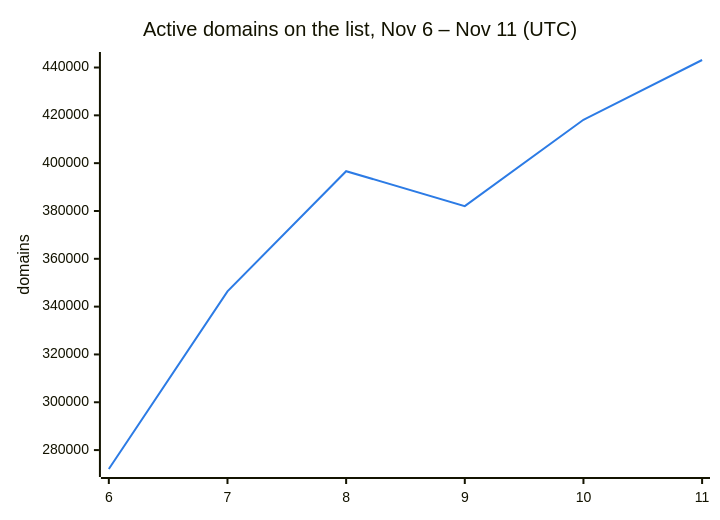
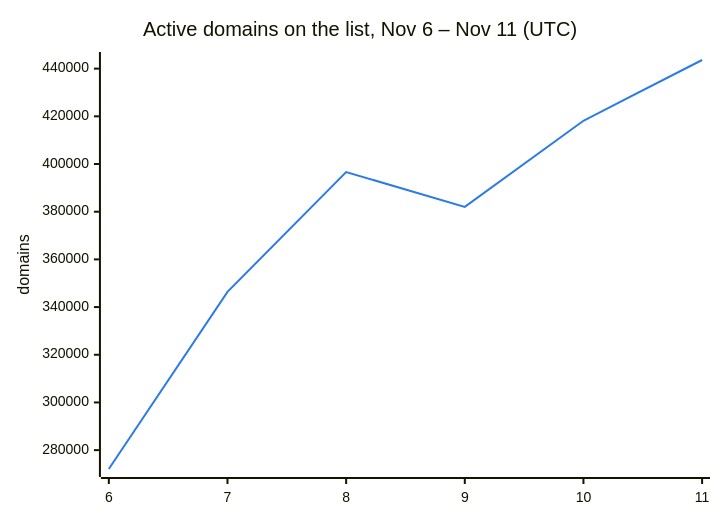
Before and after one commit to DNSBunker/CTI: the second of 3 diagrams in README.md, drawn with Mermaid. The commit also changed other lines of this file and 3 other files, not shown here.

````diff
--- a/README.md
+++ b/README.md
@@ -38,8 +38,8 @@
 ```mermaid
 %%{init: {"themeVariables": {"xyChart": {"plotColorPalette": "#2c7be5"}}}}%%
 xychart-beta
     title "Active domains on the list, Nov 6 – Nov 11 (UTC)"
     x-axis ["6", "7", "8", "9", "10", "11"]
     y-axis "domains"
-    line [272088, 346388, 396638, 382009, 418143, 443144]
+    line [272088, 346388, 396638, 382009, 418143, 443624]
 ```
````
